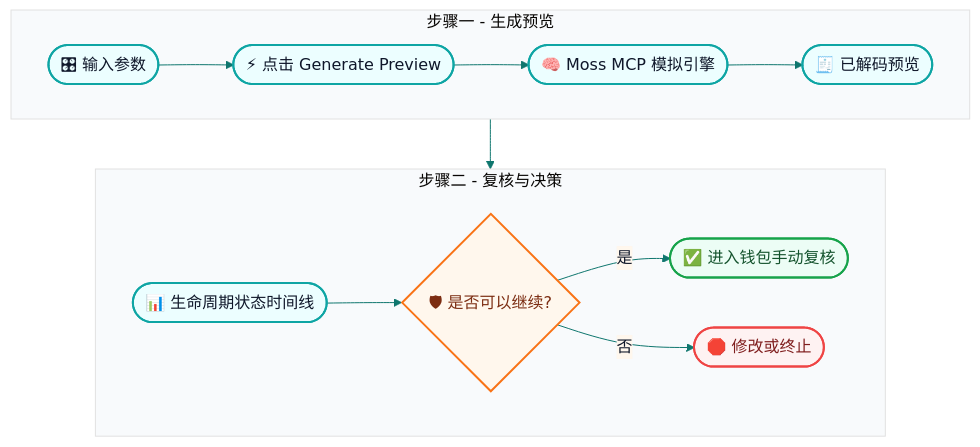
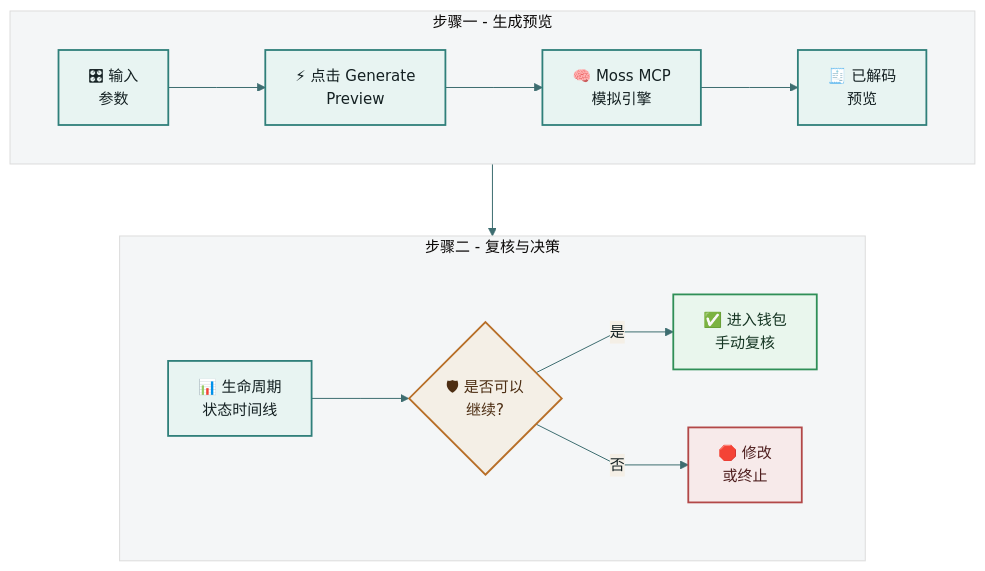
Before and after one commit to sunshineluyao/Moss-Mcp-Transaction: the fifth of 8 diagrams in README.md, drawn with Mermaid. The commit also changed other lines of this file, not shown here.

Commit message:
docs: improve mermaid readability and dark-light harmony

````diff
--- a/README.md
+++ b/README.md
@@ -493,29 +493,29 @@
 ```mermaid
-%%{init: {'theme':'base','themeVariables': {'fontFamily':'Trebuchet MS, Segoe UI, sans-serif','primaryColor':'#ecfeff','primaryBorderColor':'#0ea5a4','primaryTextColor':'#0f172a','lineColor':'#0f766e','secondaryColor':'#fff7ed','tertiaryColor':'#f8fafc'}}}%%
+%%{init: {'theme':'base','flowchart': {'htmlLabels': true, 'nodeSpacing': 58, 'rankSpacing': 72, 'curve': 'linear'},'themeVariables': {'fontFamily':'Trebuchet MS, Segoe UI, sans-serif','fontSize':'15px','primaryColor':'#e8f4f2','primaryBorderColor':'#2f7f7a','primaryTextColor':'#142022','lineColor':'#3d6d70','secondaryColor':'#f4efe6','tertiaryColor':'#f4f6f7'}}}%%
 flowchart TB
   subgraph R1[步骤一 - 生成预览]
     direction LR
-    A([🎛 输入参数]) --> B([⚡ 点击 Generate Preview])
-    B --> C([🧠 Moss MCP 模拟引擎])
-    C --> D([🧾 已解码预览])
+    A["🎛 输入<br/>参数"] --> B["⚡ 点击 Generate<br/>Preview"]
+    B --> C["🧠 Moss MCP<br/>模拟引擎"]
+    C --> D["🧾 已解码<br/>预览"]
   end
 
   subgraph R2[步骤二 - 复核与决策]
     direction LR
-    E([📊 生命周期状态时间线]) --> F{🛡 是否可以继续?}
-    F -->|是| G([✅ 进入钱包手动复核])
-    F -->|否| H([🛑 修改或终止])
+    E["📊 生命周期<br/>状态时间线"] --> F{"🛡 是否可以<br/>继续?"}
+    F -->|是| G["✅ 进入钱包<br/>手动复核"]
+    F -->|否| H["🛑 修改<br/>或终止"]
   end
 
   D --> E
 
-  classDef main fill:#ecfeff,stroke:#0ea5a4,stroke-width:2px,color:#0f172a;
-  classDef decision fill:#fff7ed,stroke:#f97316,stroke-width:2px,color:#7c2d12;
-  classDef success fill:#ecfdf5,stroke:#16a34a,stroke-width:2px,color:#14532d;
-  classDef stop fill:#fef2f2,stroke:#ef4444,stroke-width:2px,color:#7f1d1d;
+  classDef main fill:#e8f4f2,stroke:#2f7f7a,stroke-width:1.8px,color:#142022;
+  classDef decision fill:#f4efe6,stroke:#b86f28,stroke-width:1.8px,color:#4d2e13;
+  classDef success fill:#e9f6ed,stroke:#2f8f57,stroke-width:1.8px,color:#153523;
+  classDef stop fill:#f7eaea,stroke:#b24848,stroke-width:1.8px,color:#4f1f1f;
 
   class A,B,C,D,E main;
   class F decision;
   class G success;
   class H stop;
 ```
````
